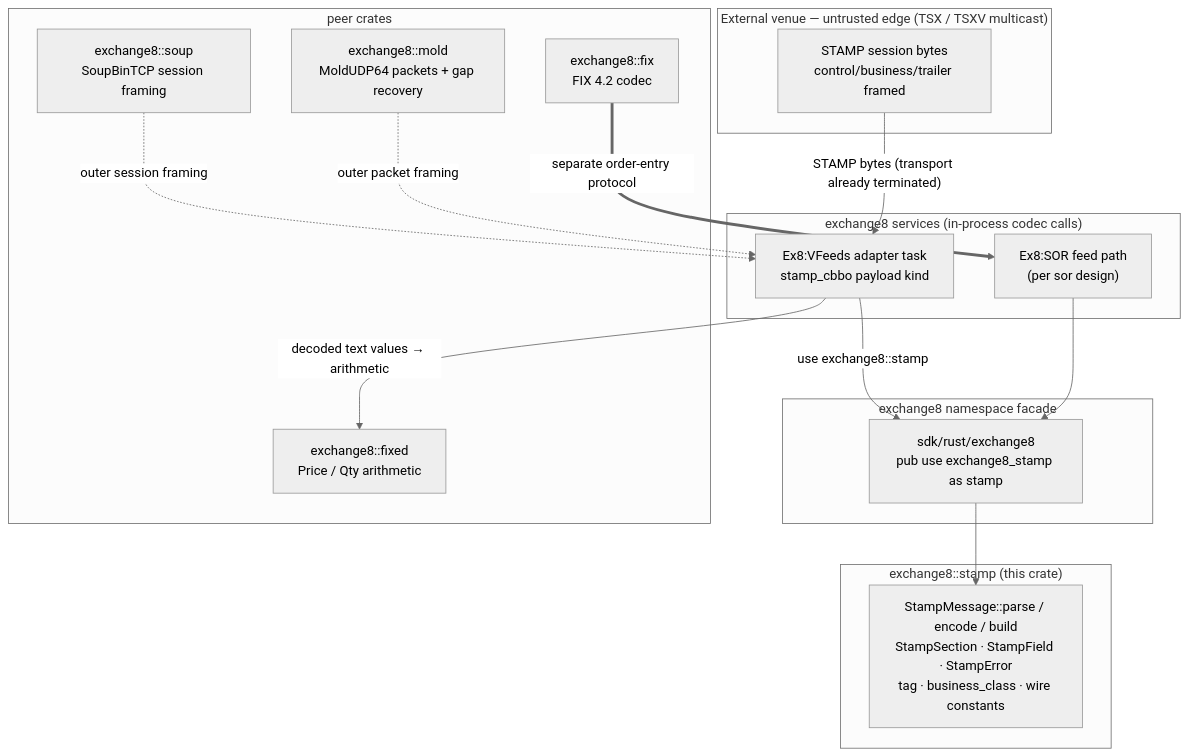
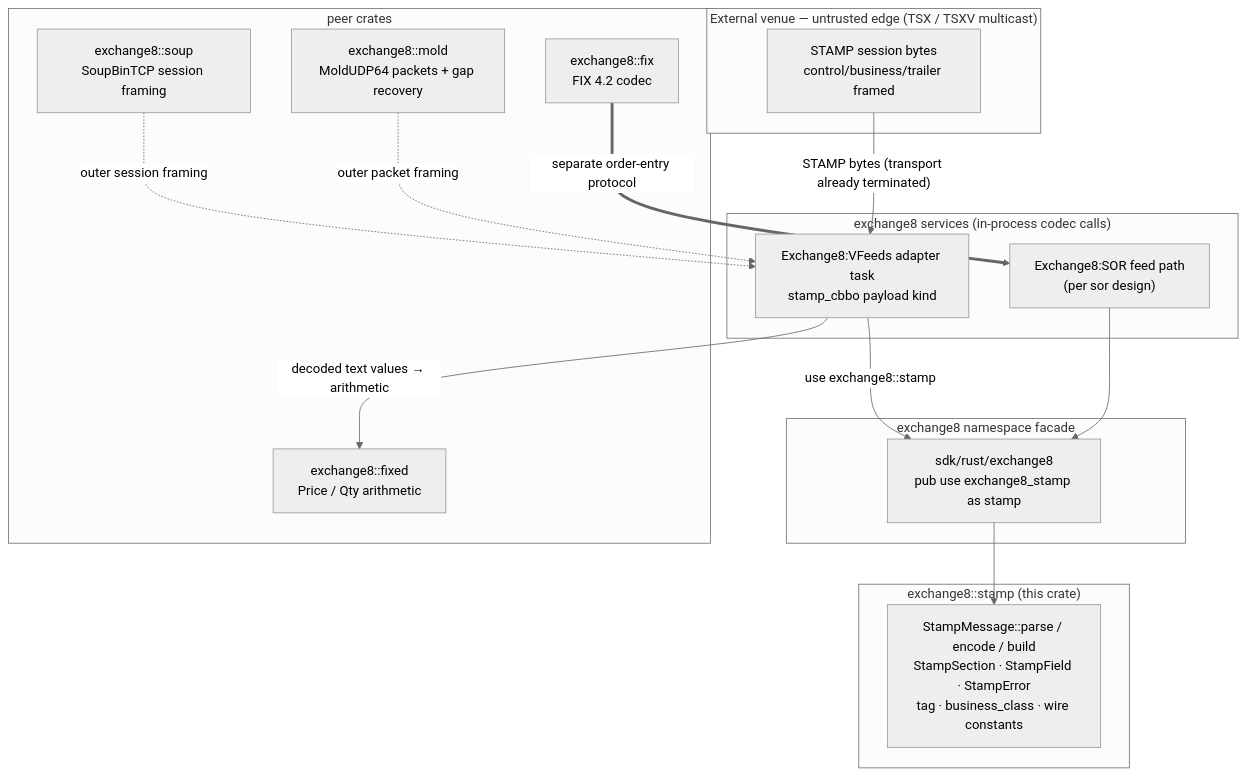
The first of 7 diagrams in crates/stamp/DESIGN.md (Exchange8-dev/exchange8-sdk), drawn with Mermaid (neutral theme) before and after one commit. The commit also changed other lines of this file and 29 other files, not shown here.

````diff
--- a/crates/stamp/DESIGN.md
+++ b/crates/stamp/DESIGN.md
@@ -28,35 +28,35 @@
 ```mermaid
 graph TD
     subgraph EDGE["External venue — untrusted edge (TSX / TSXV multicast)"]
         TSX["STAMP session bytes<br/>control/business/trailer framed"]
     end
 
     subgraph CONSUMERS["exchange8 services (in-process codec calls)"]
-        VFT["Ex8:VFeeds adapter task<br/>stamp_cbbo payload kind"]
-        SORT["Ex8:SOR feed path<br/>(per sor design)"]
+        VFT["Exchange8:VFeeds adapter task<br/>stamp_cbbo payload kind"]
+        SORT["Exchange8:SOR feed path<br/>(per sor design)"]
     end
 
     subgraph FACADE["exchange8 namespace facade"]
         SDK["sdk/rust/exchange8<br/>pub use exchange8_stamp as stamp"]
     end
 
     subgraph CRATE["exchange8::stamp (this crate)"]
         API["StampMessage::parse / encode / build<br/>StampSection · StampField · StampError<br/>tag · business_class · wire constants"]
     end
 
     subgraph PEERS["peer crates"]
         SOUP["exchange8::soup<br/>SoupBinTCP session framing"]
         MOLD["exchange8::mold<br/>MoldUDP64 packets + gap recovery"]
         FIX["exchange8::fix<br/>FIX 4.2 codec"]
         FIXED["exchange8::fixed<br/>Price / Qty arithmetic"]
     end
 
     TSX -->|"STAMP bytes (transport already terminated)"| VFT
     VFT -->|"use exchange8::stamp"| SDK
     SORT --> SDK
     SDK --> API
     SOUP -.->|"outer session framing"| VFT
     MOLD -.->|"outer packet framing"| VFT
     FIX ==>|"separate order-entry protocol"| SORT
     VFT -->|"decoded text values → arithmetic"| FIXED
 ```
````
